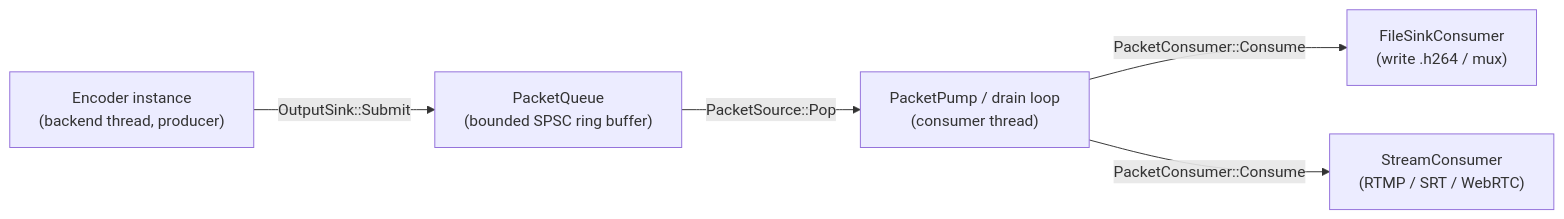
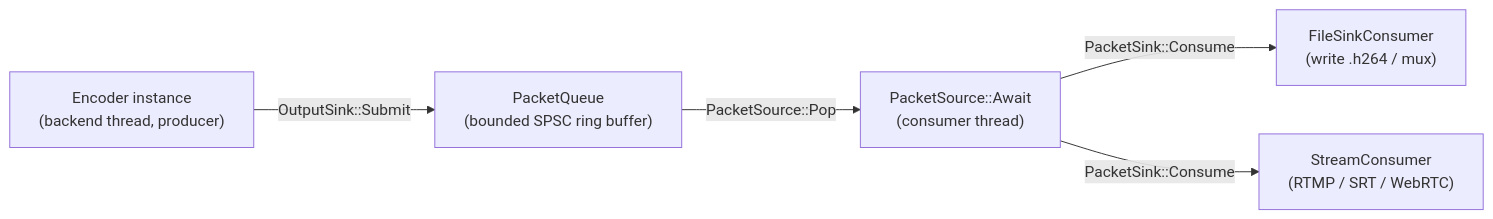
The first of 2 diagrams in codec/doc/architecture/output-queue.md (oxsource/video_codec), drawn with Mermaid before and after one commit. The commit also changed other lines of this file and 69 other files, not shown here.

First line of the commit message:
refactor(queue): await-based drain; rename StatusCode -> Status

````diff
--- a/codec/doc/architecture/output-queue.md
+++ b/codec/doc/architecture/output-queue.md
@@ -10,13 +10,13 @@
 ```mermaid
 flowchart LR
     ENC["Encoder instance<br/>(backend thread, producer)"]
     Q["PacketQueue<br/>(bounded SPSC ring buffer)"]
-    PUMP["PacketPump / drain loop<br/>(consumer thread)"]
+    AW["PacketSource::Await<br/>(consumer thread)"]
     FC["FileSinkConsumer<br/>(write .h264 / mux)"]
     SC["StreamConsumer<br/>(RTMP / SRT / WebRTC)"]
 
     ENC -->|OutputSink::Submit| Q
-    Q -->|PacketSource::Pop| PUMP
-    PUMP -->|PacketConsumer::Consume| FC
-    PUMP -->|PacketConsumer::Consume| SC
+    Q -->|PacketSource::Pop| AW
+    AW -->|PacketSink::Consume| FC
+    AW -->|PacketSink::Consume| SC
 ```
````
